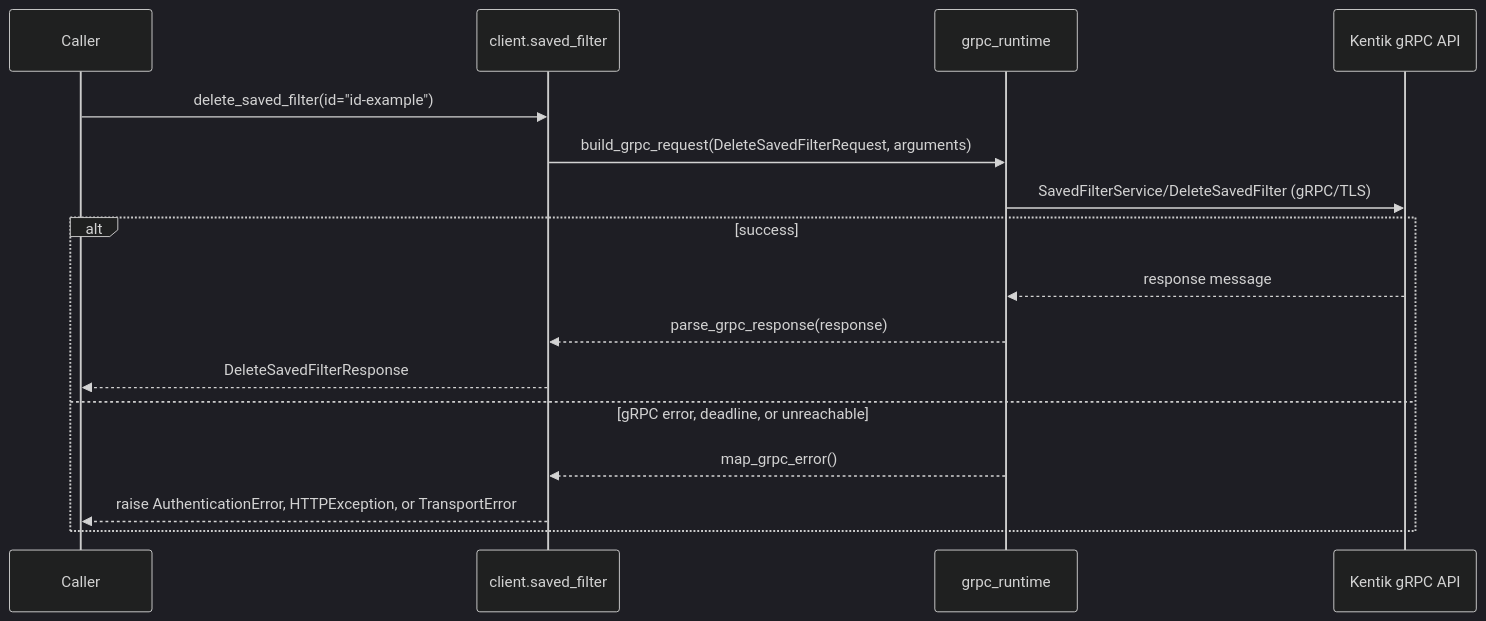
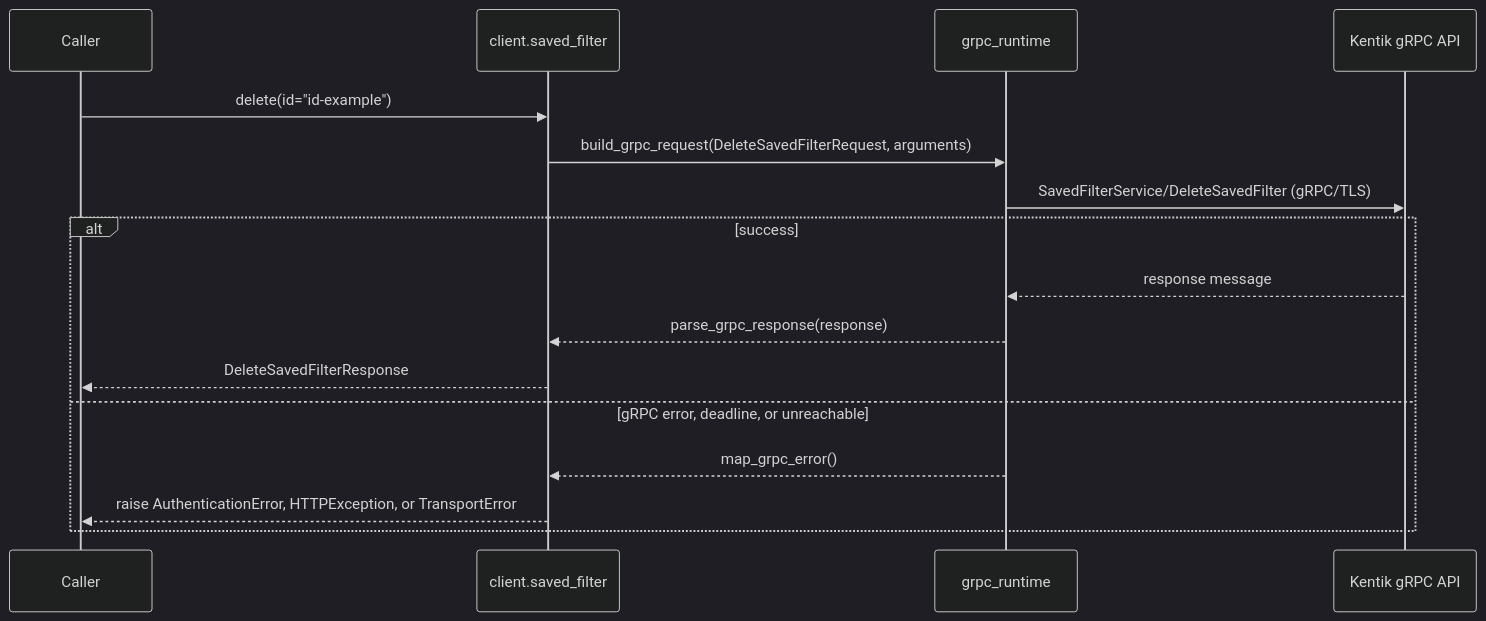
The ninth of 14 diagrams in docs/sphinx/services/saved_filter.md (alexdearaujo/community_sdk_python), drawn with Mermaid (dark theme) before and after one commit. The commit also changed other lines of this file and 119 other files, not shown here.

````diff
--- a/docs/sphinx/services/saved_filter.md
+++ b/docs/sphinx/services/saved_filter.md
@@ -291,19 +291,19 @@
 ```mermaid
 sequenceDiagram
     participant C as Caller
     participant W as client.saved_filter
     participant R as grpc_runtime
     participant API as Kentik gRPC API
 
-    C->>W: delete_saved_filter(id="id-example")
+    C->>W: delete(id="id-example")
     W->>R: build_grpc_request(DeleteSavedFilterRequest, arguments)
     R->>API: SavedFilterService/DeleteSavedFilter (gRPC/TLS)
     alt success
         API-->>R: response message
         R-->>W: parse_grpc_response(response)
         W-->>C: DeleteSavedFilterResponse
     else gRPC error, deadline, or unreachable
         R-->>W: map_grpc_error()
         W-->>C: raise AuthenticationError, HTTPException, or TransportError
     end
 ```
````
